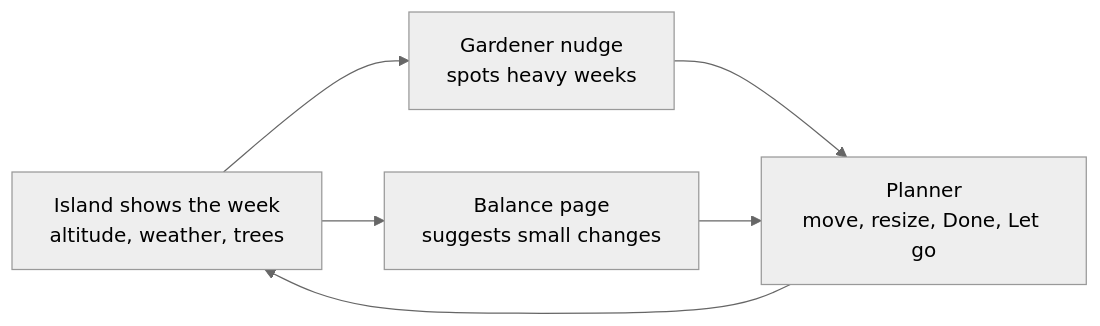
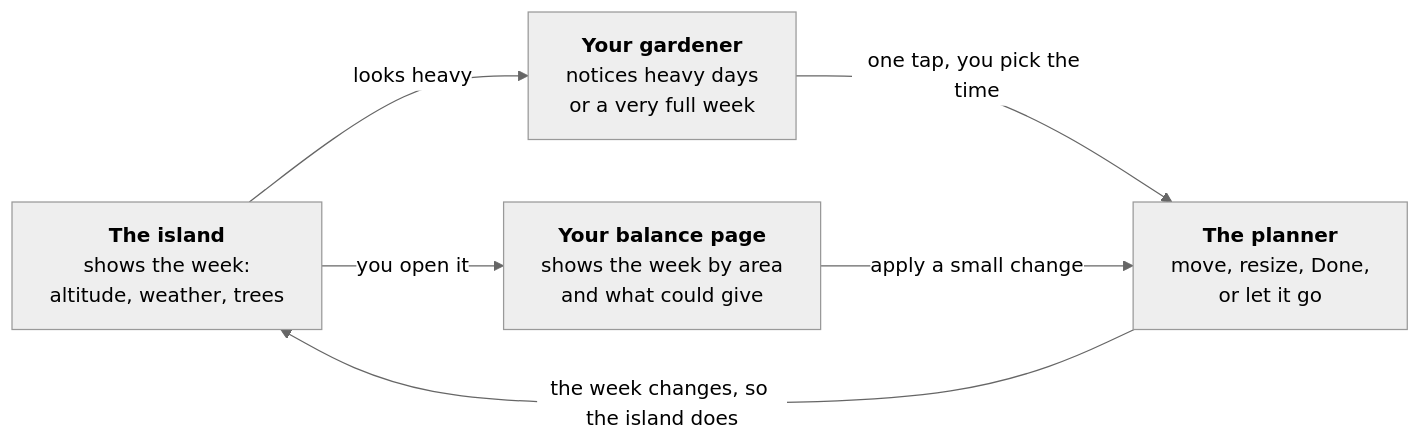
One commit to 25006675-png/Island_life changed the first of 3 diagrams in README.md. Above: the diagram before and after it, drawn with Mermaid (neutral theme). The commit also changed other lines of this file, not shown here.

Commit message:
Rebalancing diagram reads as a loop: titled boxes and labelled arrows

````diff
--- a/README.md
+++ b/README.md
@@ -314,13 +314,13 @@
 ```mermaid
 flowchart LR
-    Island["Island shows the week<br/>altitude, weather, trees"]
-    Gardener["Gardener nudge<br/>spots heavy weeks"]
-    Balance["Balance page<br/>suggests small changes"]
-    Planner["Planner<br/>move, resize, Done, Let go"]
+    Island["<b>The island</b><br/>shows the week:<br/>altitude, weather, trees"]
+    Gardener["<b>Your gardener</b><br/>notices heavy days<br/>or a very full week"]
+    Balance["<b>Your balance page</b><br/>shows the week by area<br/>and what could give"]
+    Planner["<b>The planner</b><br/>move, resize, Done,<br/>or let it go"]
 
-    Island --> Gardener
-    Island --> Balance
-    Gardener --> Planner
-    Balance --> Planner
-    Planner --> Island
+    Island -- "looks heavy" --> Gardener
+    Island -- "you open it" --> Balance
+    Gardener -- "one tap, you pick the time" --> Planner
+    Balance -- "apply a small change" --> Planner
+    Planner -- "the week changes, so the island does" --> Island
 ```
````
